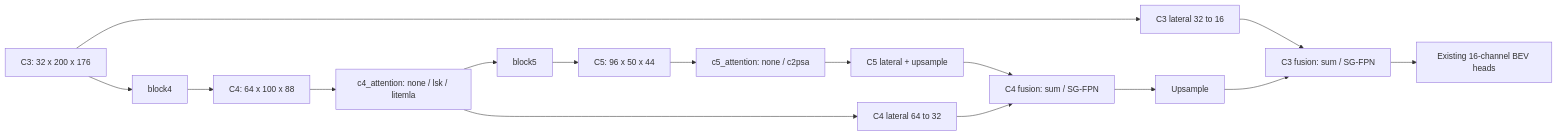
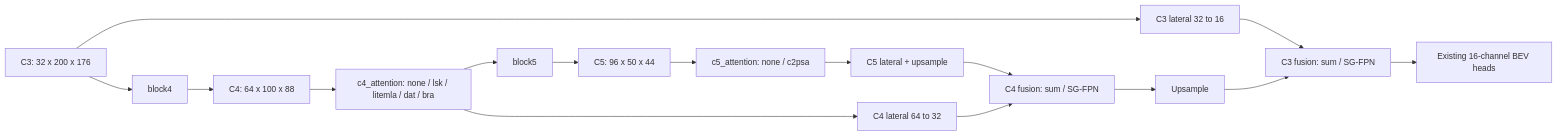
The first of 4 diagrams in docs/backbone_c4_ablation.md (danhyoyo/Lidar), drawn with Mermaid before and after one commit. The commit also changed other lines of this file and 19 other files, not shown here.

Commit message:
Added BRA and DAT

````diff
--- a/docs/backbone_c4_ablation.md
+++ b/docs/backbone_c4_ablation.md
@@ -72,18 +75,18 @@
 ```mermaid
 flowchart LR
   C3["C3: 32 x 200 x 176"] --> B4["block4"]
   B4 --> C4["C4: 64 x 100 x 88"]
-  C4 --> A["c4_attention: none / lsk / litemla"]
+  C4 --> A["c4_attention: none / lsk / litemla / dat / bra"]
   A --> B5["block5"]
   A --> LAT4["C4 lateral 64 to 32"]
   B5 --> C5["C5: 96 x 50 x 44"]
   C5 --> A5["c5_attention: none / c2psa"]
   A5 --> TOP["C5 lateral + upsample"]
   TOP --> F4["C4 fusion: sum / SG-FPN"]
   LAT4 --> F4
   F4 --> UP["Upsample"]
   C3 --> LAT3["C3 lateral 32 to 16"]
   LAT3 --> F3["C3 fusion: sum / SG-FPN"]
   UP --> F3
   F3 --> HEAD["Existing 16-channel BEV heads"]
 ```
````
